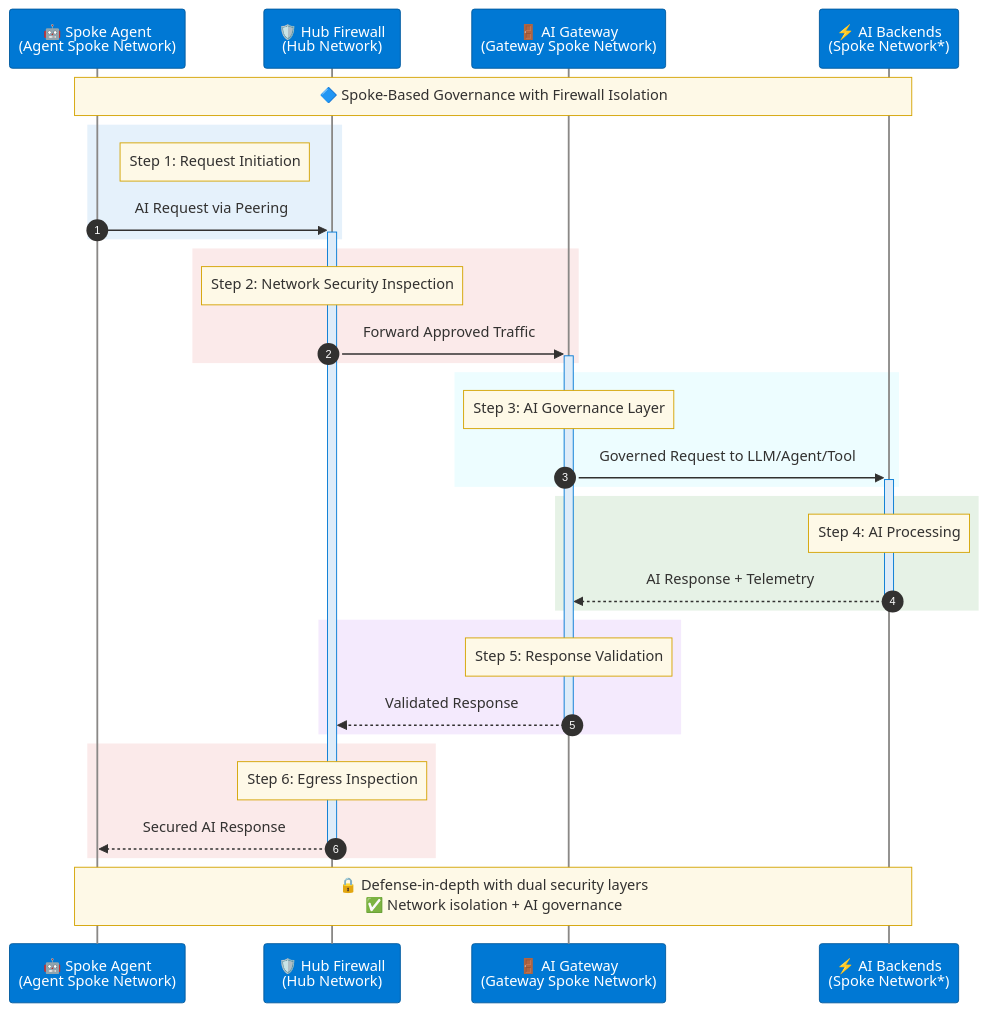
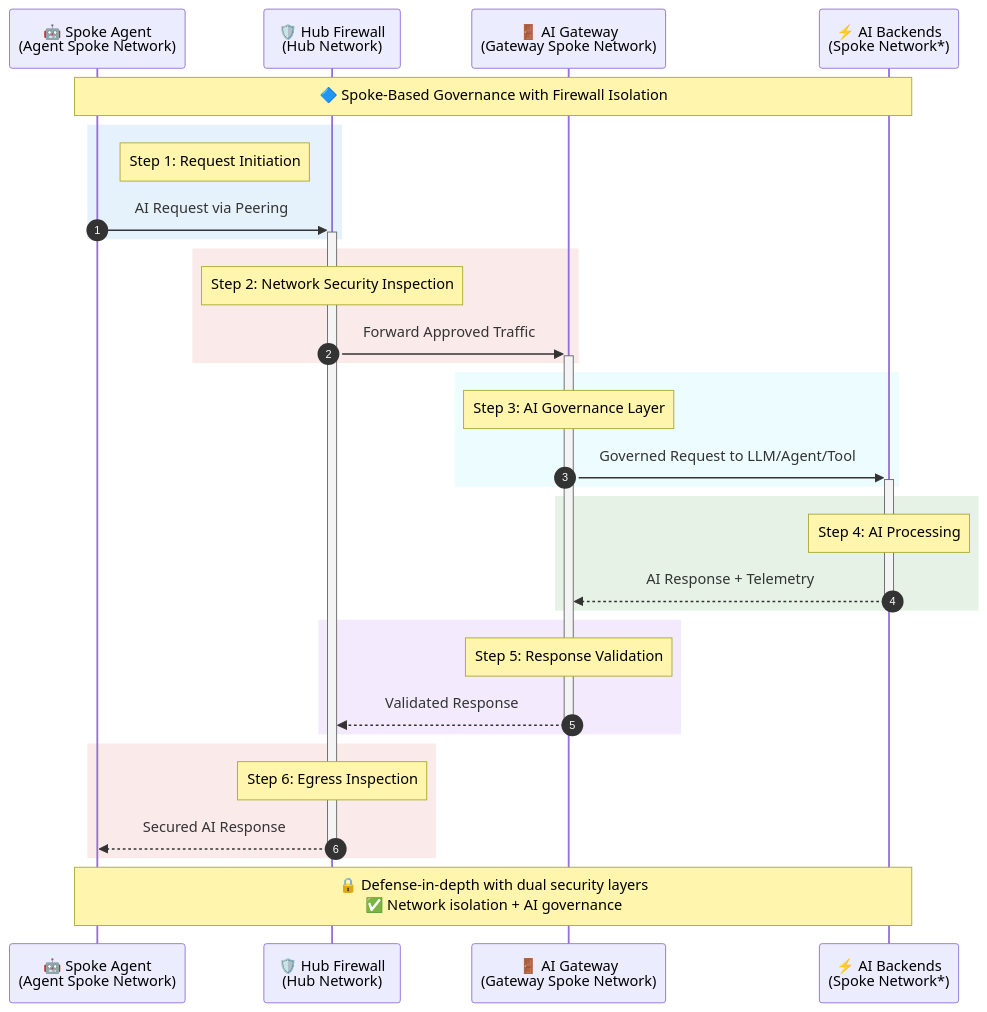
Before and after one commit to khenzo/ai-hub-gateway: the fourth of 5 diagrams in docs/architecture/deployment-patterns.mdx, drawn with Mermaid. The commit also changed other lines of this file and 21 other files, not shown here.

````diff
--- a/docs/architecture/deployment-patterns.mdx
+++ b/docs/architecture/deployment-patterns.mdx
@@ -204,70 +177,43 @@
 ```mermaid
-%%{init: {
-  'theme': 'base',
-  'themeVariables': {
-    'primaryColor': '#0078d4',
-    'primaryTextColor': '#fff',
-    'primaryBorderColor': '#0078d4',
-    'lineColor': '#8a8886',
-    'secondaryColor': '#d13438',
-    'tertiaryColor': '#f3f2f1',
-    'noteBkgColor': '#fef9e7',
-    'noteTextColor': '#323130',
-    'noteBorderColor': '#d4a300',
-    'actorBkg': '#0078d4',
-    'actorBorder': '#005a9e',
-    'actorTextColor': '#fff',
-    'actorLineColor': '#8a8886',
-    'signalColor': '#323130',
-    'signalTextColor': '#323130',
-    'labelBoxBkgColor': '#e1dfdd',
-    'labelBoxBorderColor': '#605e5c',
-    'labelTextColor': '#323130',
-    'loopTextColor': '#323130',
-    'activationBorderColor': '#0078d4',
-    'activationBkgColor': '#deecf9',
-    'sequenceNumberColor': '#fff'
-  }
-}}%%
 sequenceDiagram
     autonumber
     
     participant Agent as 🤖 Spoke Agent<br/>(Agent Spoke Network)
     participant Firewall as 🛡️ Hub Firewall<br/>(Hub Network)
     participant Gateway as 🚪 AI Gateway<br/>(Gateway Spoke Network)
     participant Backends as ⚡ AI Backends<br/>(Spoke Network*)
 
     Note over Agent,Backends: 🔷 Spoke-Based Governance with Firewall Isolation
     
     rect rgba(0, 120, 212, 0.1)
         Note right of Agent: Step 1: Request Initiation
         Agent->>+Firewall: AI Request via Peering
     end
     
     rect rgba(209, 52, 56, 0.1)
         Note over Firewall: Step 2: Network Security Inspection
         Firewall->>+Gateway: Forward Approved Traffic
     end
     
     rect rgba(80, 230, 255, 0.1)
         Note over Gateway: Step 3: AI Governance Layer
         Gateway->>+Backends: Governed Request to LLM/Agent/Tool
     end
     
     rect rgba(16, 124, 16, 0.1)
         Note over Backends: Step 4: AI Processing
         Backends-->>-Gateway: AI Response + Telemetry
     end
     
     rect rgba(147, 51, 234, 0.1)
         Note over Gateway: Step 5: Response Validation
         Gateway-->>-Firewall: Validated Response
     end
     
     rect rgba(209, 52, 56, 0.1)
         Note over Firewall: Step 6: Egress Inspection
         Firewall-->>-Agent: Secured AI Response
     end
     
     Note over Agent,Backends: 🔒 Defense-in-depth with dual security layers<br/>✅ Network isolation + AI governance
 ```
````
